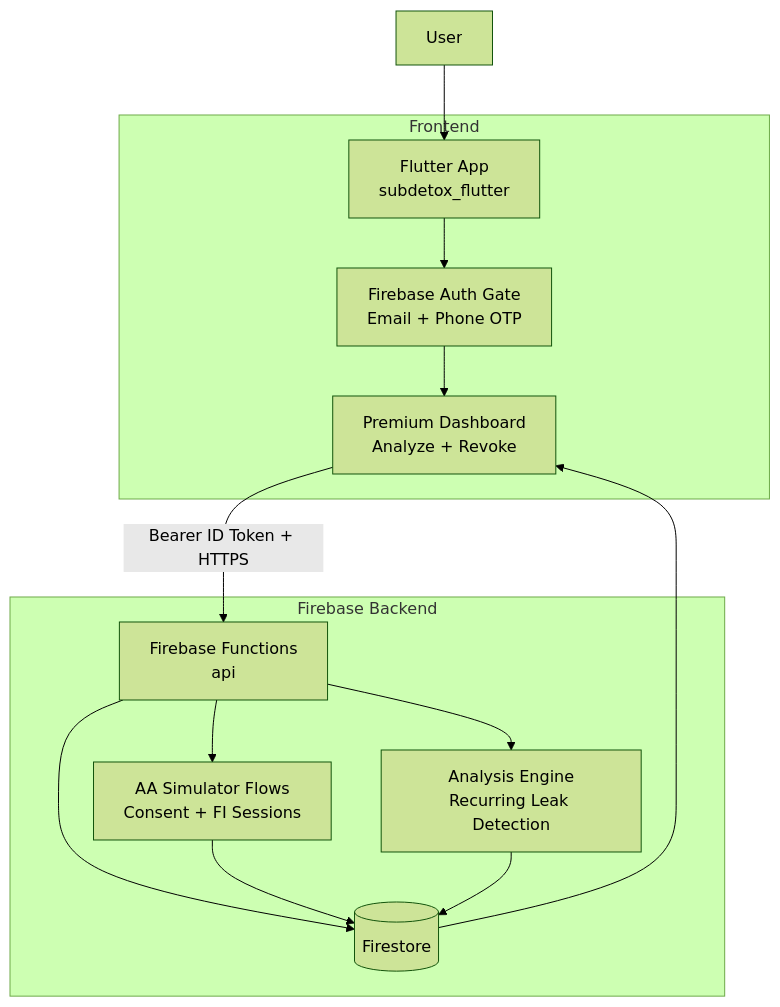
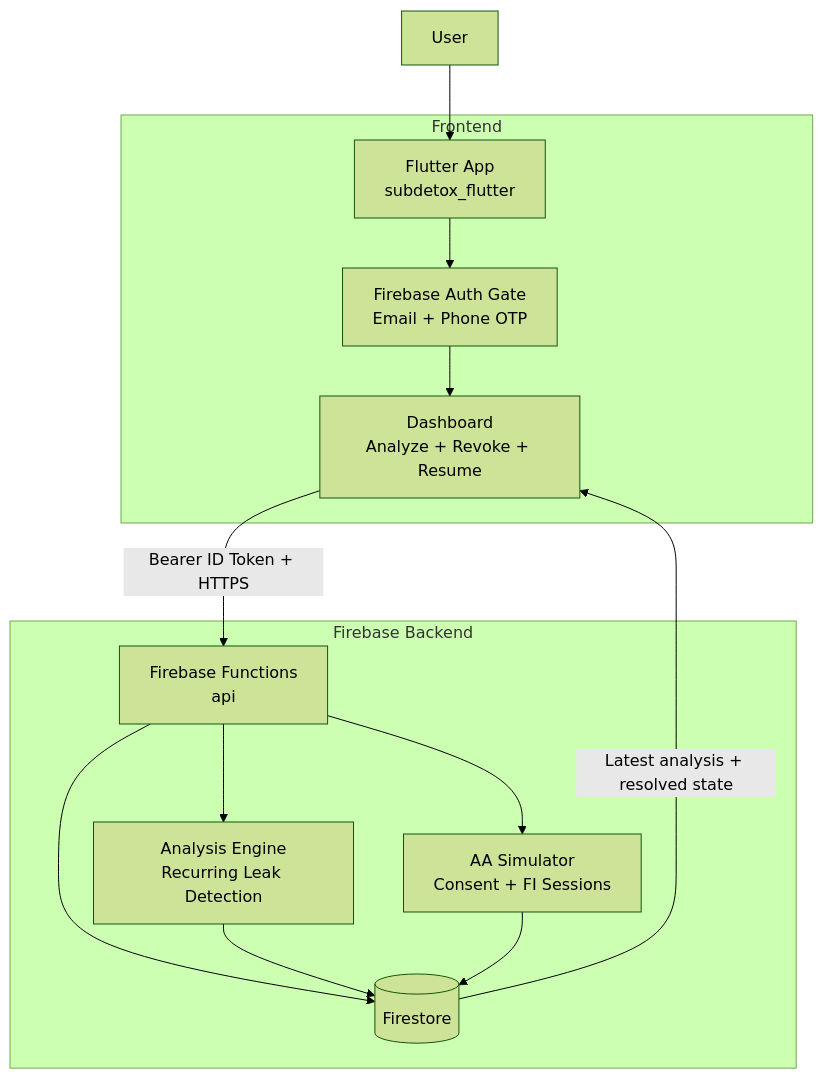
The diagram in README.md (amaansyed27/sub-detox), drawn with Mermaid (forest theme) before and after one commit. The commit also changed other lines of this file and 2 other files, not shown here.

````diff
--- a/README.md
+++ b/README.md
@@ -18,22 +15,22 @@
 ```mermaid
 flowchart TD
     U[User] --> F[Flutter App\nsubdetox_flutter]
 
     subgraph FE[Frontend]
       A[Firebase Auth Gate\nEmail + Phone OTP]
-      D[Premium Dashboard\nAnalyze + Revoke]
+      D[Dashboard\nAnalyze + Revoke + Resume]
       F --> A --> D
     end
 
     D -->|Bearer ID Token + HTTPS| API[Firebase Functions\napi]
 
     subgraph BE[Firebase Backend]
-      API --> SIM[AA Simulator Flows\nConsent + FI Sessions]
       API --> ENG[Analysis Engine\nRecurring Leak Detection]
+      API --> SIM[AA Simulator\nConsent + FI Sessions]
       API --> DB[(Firestore)]
+      ENG --> DB
       SIM --> DB
-      ENG --> DB
     end
 
-    DB --> D
+    DB -->|Latest analysis + resolved state| D
 ```
````
